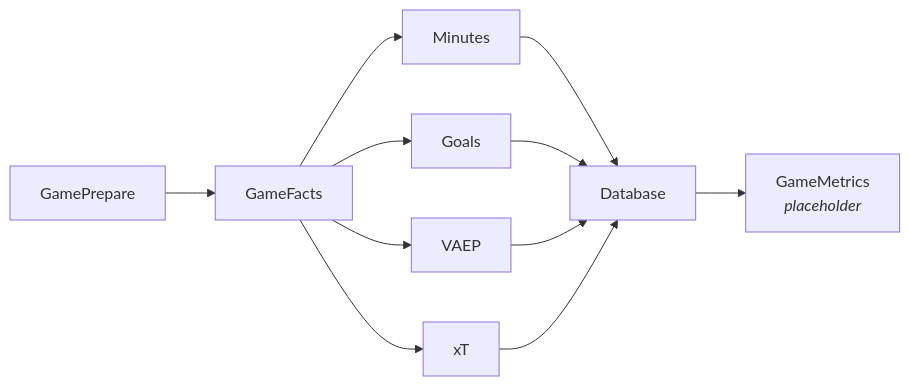
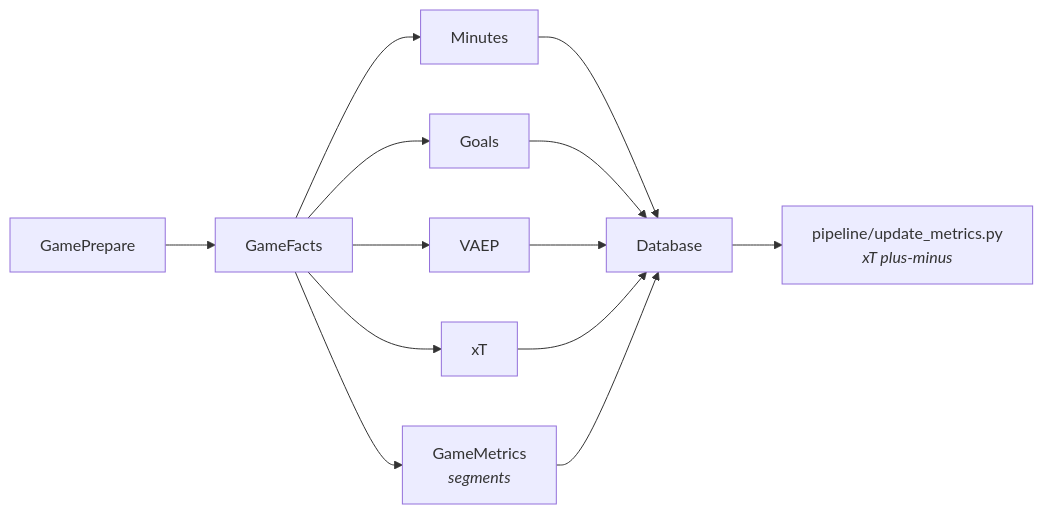
Before and after one commit to s-morten/packing-report: the first of 2 diagrams in insights/README.md, drawn with Mermaid. The commit also changed other lines of this file and 31 other files, not shown here.

Commit message:
feat: added xT-plus-minus metric

````diff
--- a/insights/README.md
+++ b/insights/README.md
@@ -9,13 +9,15 @@
 ```mermaid
 graph LR
     A[GamePrepare] --> B[GameFacts]
     B --> C1[Minutes]
     B --> C2[Goals]
     B --> C3[VAEP]
     B --> C4[xT]
     C1 --> D[Database]
     C2 --> D
     C3 --> D
     C4 --> D
-    D --> E[GameMetrics<br/><i>placeholder</i>]
+    B --> E[GameMetrics<br/><i>segments</i>]
+    E --> D
+    D --> F[pipeline/update_metrics.py<br/><i>xT plus-minus</i>]
 ```
````
